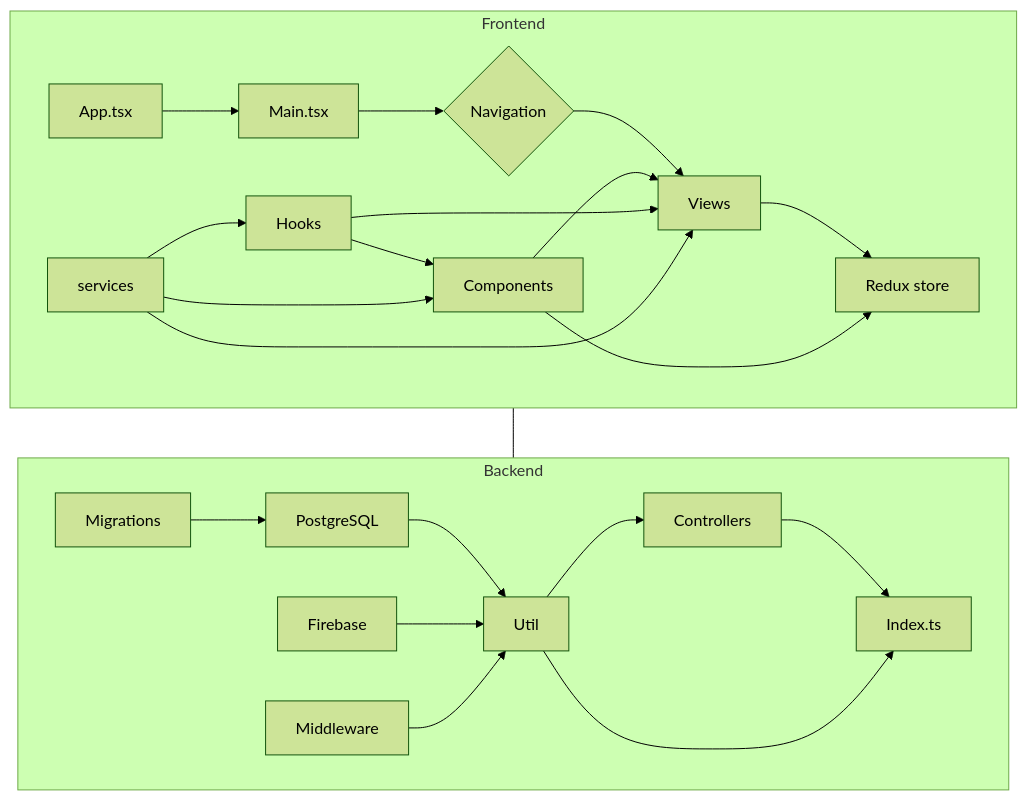
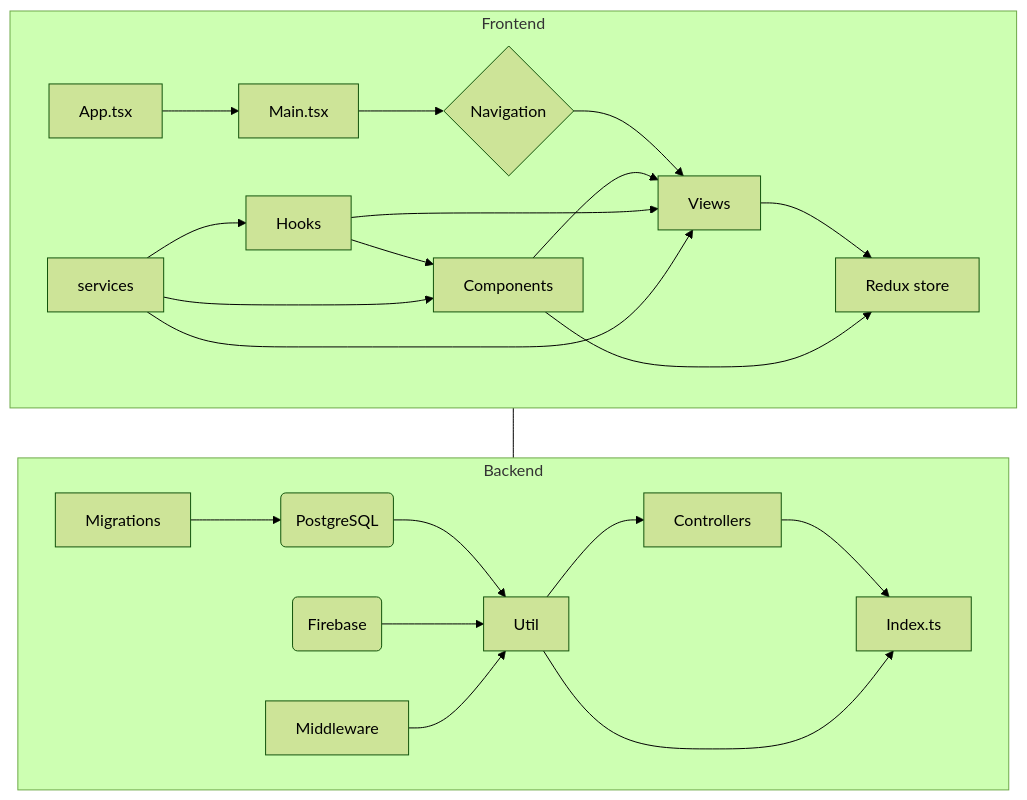
Before and after one commit to maazjes/UpCycle: the first of 2 diagrams in README.md, drawn with Mermaid. The commit also changed other lines of this file and 2 other files, not shown here.

````diff
--- a/README.md
+++ b/README.md
@@ -3,28 +21,28 @@
 ```mermaid
 %%{init: {'theme': 'forest', "flowchart" : { "curve" : "basis" } } }%%
 graph TB
 subgraph Frontend
 A[App.tsx] --> B[Main.tsx]
 B --> C{Navigation}
 C --> D[Views]
 E[Components] --> D
 F[Hooks] --> E
 F --> D
 D --> H[Redux store]
 E --> H
 S[services] --> E
 S --> D
 S --> F
 end
 subgraph Backend
 I[Index.ts]
 J[Controllers] --> I
 K[Util] --> I
-P[PostgreSQL] --> K
+P(PostgreSQL) --> K
 Migrations --> P
 K --> J
-L[Firebase] --> K
+L(Firebase) --> K
 M[Middleware] --> K
 end
 Frontend --- Backend
 ```
````
